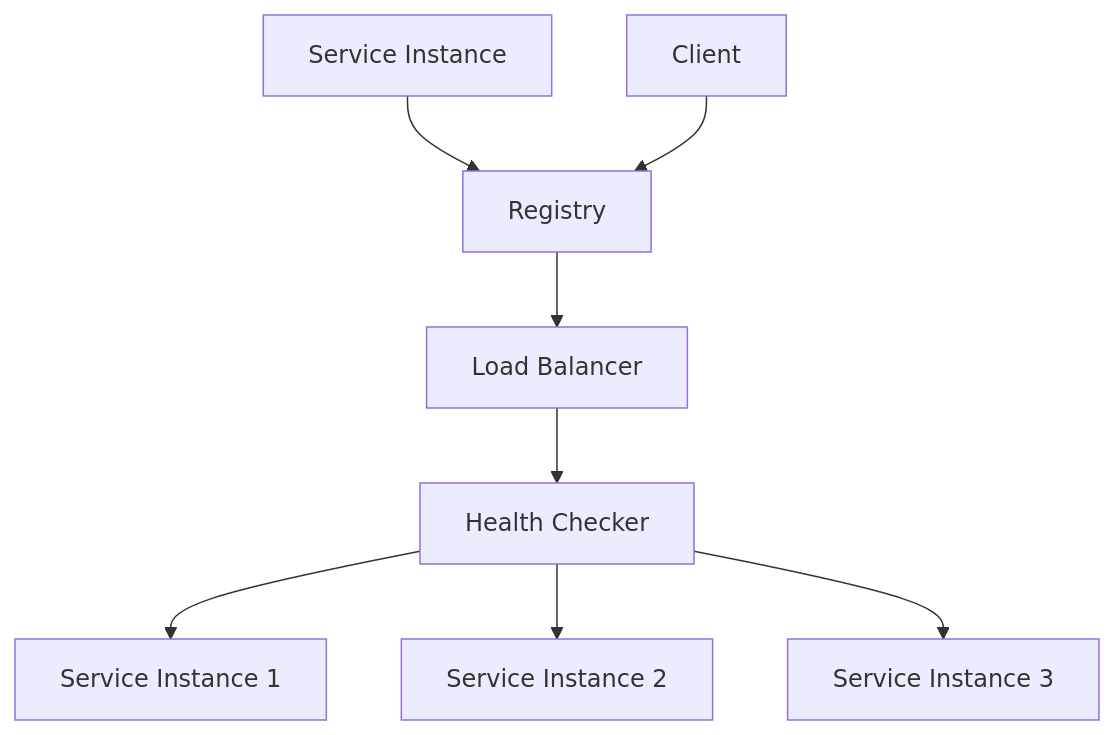
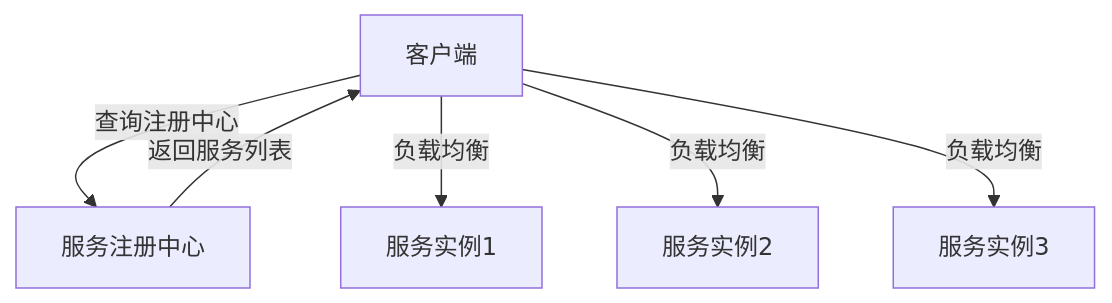
Before and after one commit to AdaMartin18010/common: the second of 3 diagrams in docs/refactor/03-Design-Patterns/05-Distributed-Patterns/01-Service-Discovery-Pattern.md, drawn with Mermaid. The commit also changed other lines of this file and 1 other file, not shown here.

````diff
--- a/docs/refactor/03-Design-Patterns/05-Distributed-Patterns/01-Service-Discovery-Pattern.md
+++ b/docs/refactor/03-Design-Patterns/05-Distributed-Patterns/01-Service-Discovery-Pattern.md
@@ -40,10 +42,8 @@
 ```mermaid
 graph TD
-    A[Service Instance] --> B[Registry]
-    C[Client] --> B
-    B --> D[Load Balancer]
-    D --> E[Health Checker]
-    E --> F[Service Instance 1]
-    E --> G[Service Instance 2]
-    E --> H[Service Instance 3]
+    A[客户端] -->|查询注册中心| B[服务注册中心]
+    B -->|返回服务列表| A
+    A -->|负载均衡| C[服务实例1]
+    A -->|负载均衡| D[服务实例2]
+    A -->|负载均衡| E[服务实例3]
 ```
````
